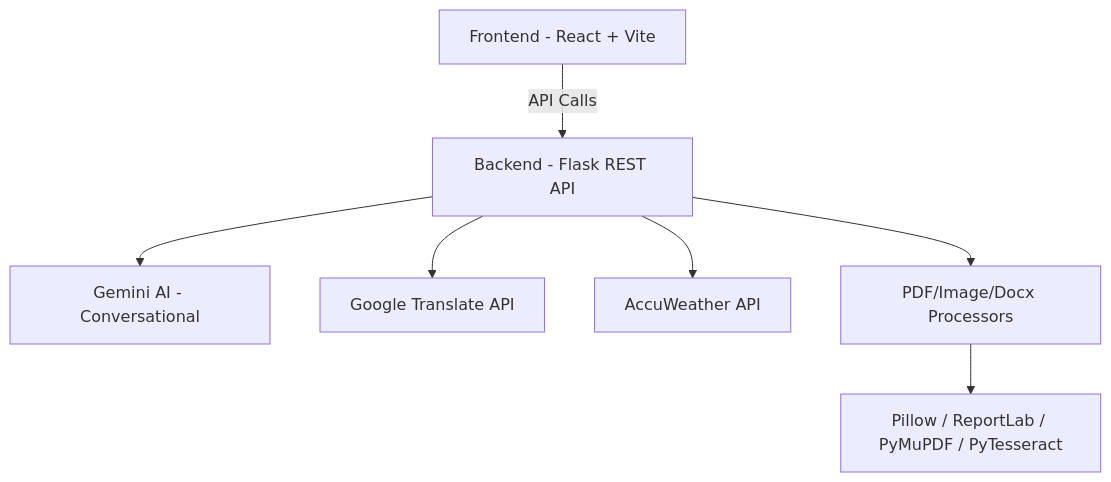
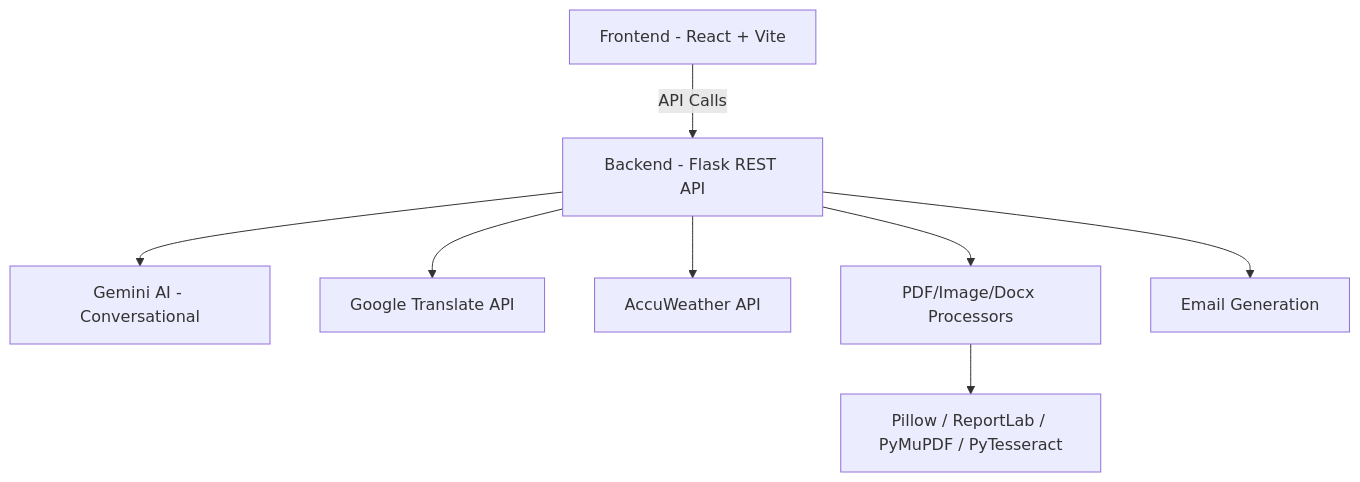
The diagram in README.md (sushil930/MitraAI), drawn with Mermaid before and after one commit. The commit also changed other lines of this file and 952 other files, not shown here.

First line of the commit message:
feat(email-generator): implement AI email generation feature and UI integration

````diff
--- a/README.md
+++ b/README.md
@@ -48,9 +50,10 @@
 ```mermaid
 graph TD
     A[Frontend - React + Vite] -->|API Calls| B[Backend - Flask REST API]
     B --> C[Gemini AI - Conversational]
     B --> D[Google Translate API]
     B --> E[AccuWeather API]
     B --> F[PDF/Image/Docx Processors]
     F --> G[Pillow / ReportLab / PyMuPDF / PyTesseract]
+    B --> H[Email Generation]
 ```
````
